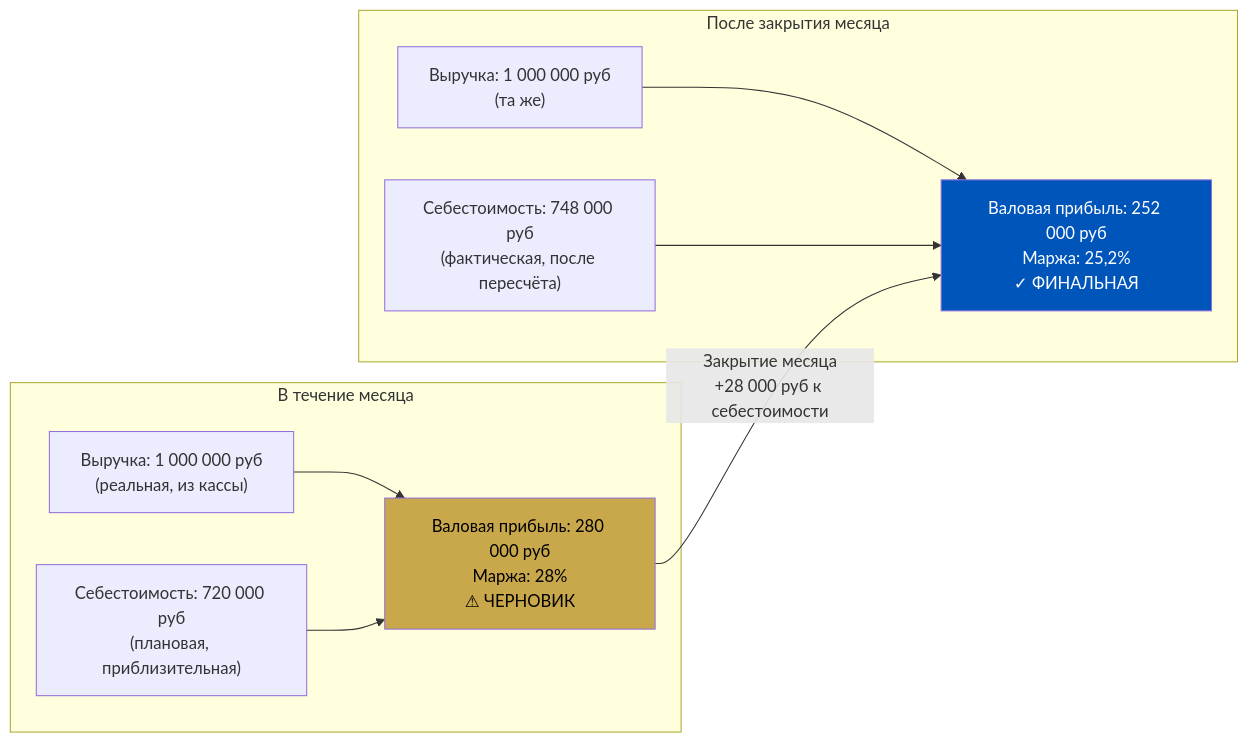
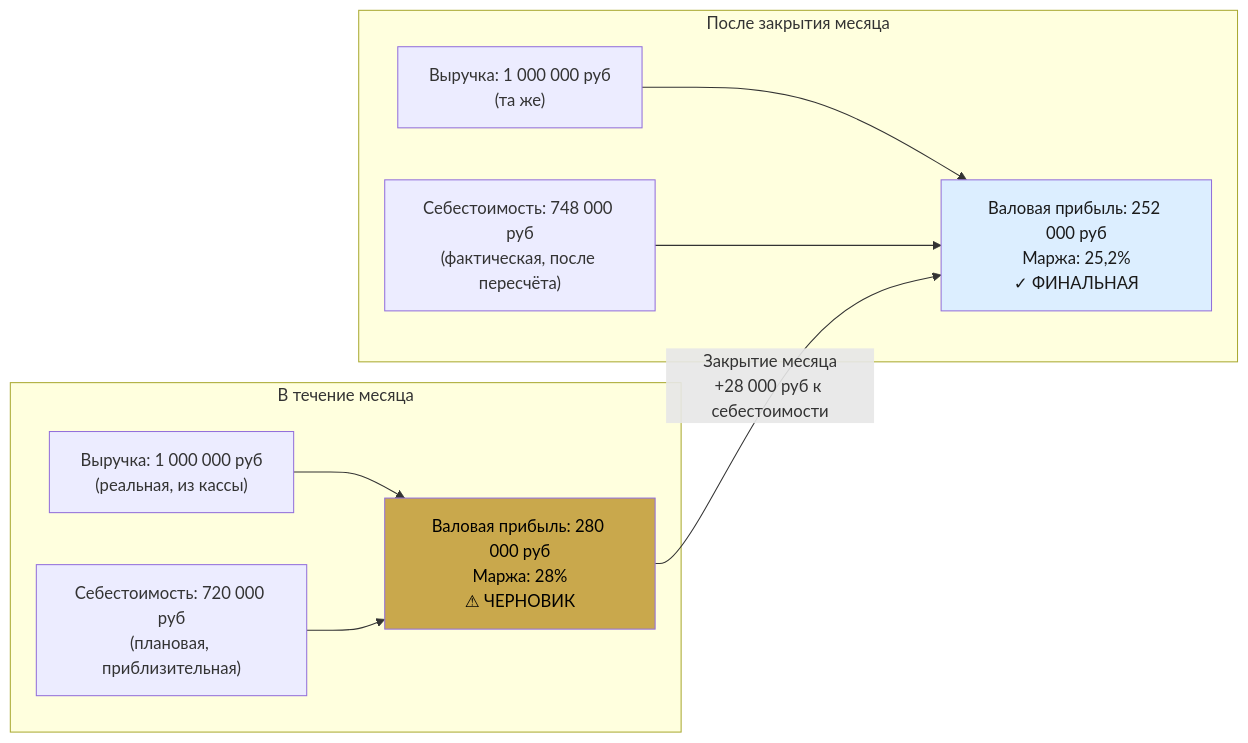
Before and after one commit to murad1986/1c-erp-quartz: the fifth of 7 diagrams in content/1c-erp/week_8/Неделя 8 - День 1 - Себестоимость.md, drawn with Mermaid. The commit also changed other lines of this file and 57 other files, not shown here.

First line of the commit message:
fix: Mermaid — пастельные цвета в источниках диаграмм (56 файлов)

````diff
--- a/content/1c-erp/week_8/Неделя 8 - День 1 - Себестоимость.md
+++ b/content/1c-erp/week_8/Неделя 8 - День 1 - Себестоимость.md
@@ -262,23 +262,23 @@
 ```mermaid
 flowchart LR
     subgraph "В течение месяца"
         A["Выручка: 1 000 000 руб<br/>(реальная, из кассы)"]
         B["Себестоимость: 720 000 руб<br/>(плановая, приблизительная)"]
         C["Валовая прибыль: 280 000 руб<br/>Маржа: 28%<br/>⚠ ЧЕРНОВИК"]
         A --> C
         B --> C
     end
 
     subgraph "После закрытия месяца"
         D["Выручка: 1 000 000 руб<br/>(та же)"]
         E["Себестоимость: 748 000 руб<br/>(фактическая, после пересчёта)"]
         F["Валовая прибыль: 252 000 руб<br/>Маржа: 25,2%<br/>✓ ФИНАЛЬНАЯ"]
         D --> F
         E --> F
     end
 
     C -->|"Закрытие месяца<br/>+28 000 руб к себестоимости"| F
 
     style C fill:#C9A84C,color:#000
-    style F fill:#0055BB,color:#fff
+    style F fill:#dceeff,color:#1a1a1a
 ```
````
